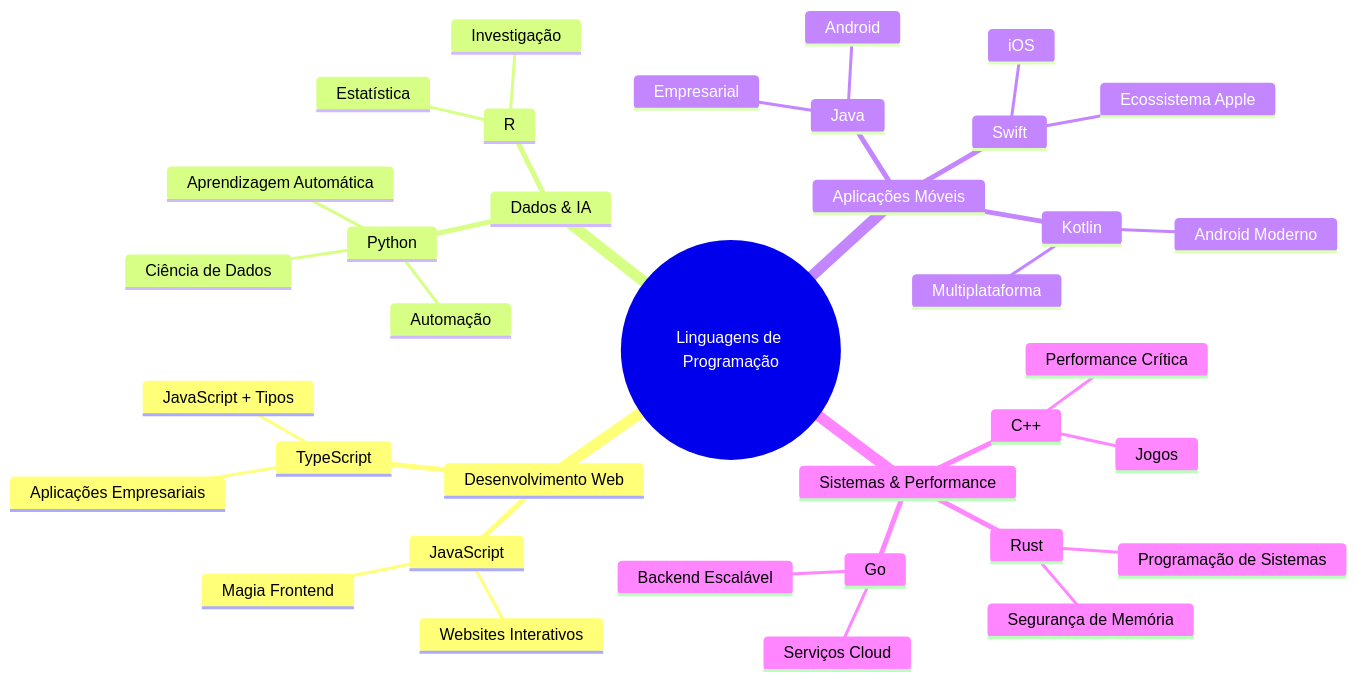
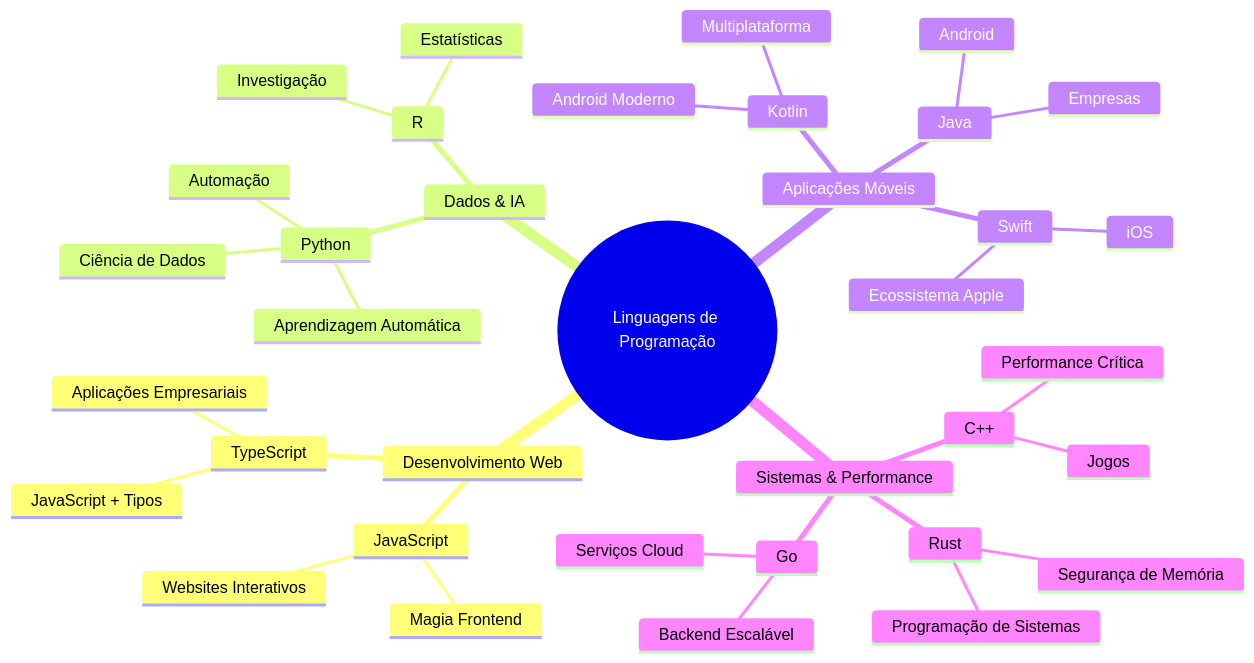
The second of 7 diagrams in translations/pt-PT/1-getting-started-lessons/1-intro-to-programming-languages/README.md (microsoft/Web-Dev-For-Beginners), drawn with Mermaid before and after one commit. The commit also changed other lines of this file and 8 other files, not shown here.

````diff
--- a/translations/pt-PT/1-getting-started-lessons/1-intro-to-programming-languages/README.md
+++ b/translations/pt-PT/1-getting-started-lessons/1-intro-to-programming-languages/README.md
@@ -85,39 +85,39 @@
 ```mermaid
 mindmap
   root((Linguagens de Programação))
     Desenvolvimento Web
       JavaScript
         Magia Frontend
         Websites Interativos
       TypeScript
         JavaScript + Tipos
         Aplicações Empresariais
     Dados & IA
       Python
         Ciência de Dados
         Aprendizagem Automática
         Automação
       R
-        Estatística
+        Estatísticas
         Investigação
     Aplicações Móveis
       Java
         Android
-        Empresarial
+        Empresas
       Swift
         iOS
         Ecossistema Apple
       Kotlin
         Android Moderno
         Multiplataforma
     Sistemas & Performance
       C++
         Jogos
         Performance Crítica
       Rust
         Segurança de Memória
         Programação de Sistemas
       Go
         Serviços Cloud
         Backend Escalável
 ```
````
